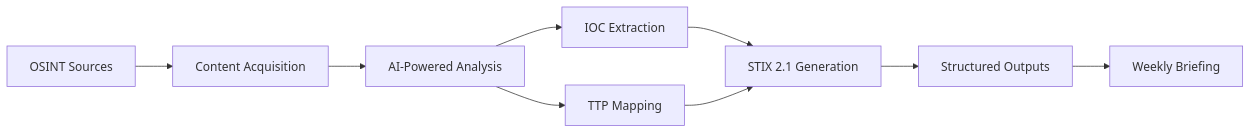
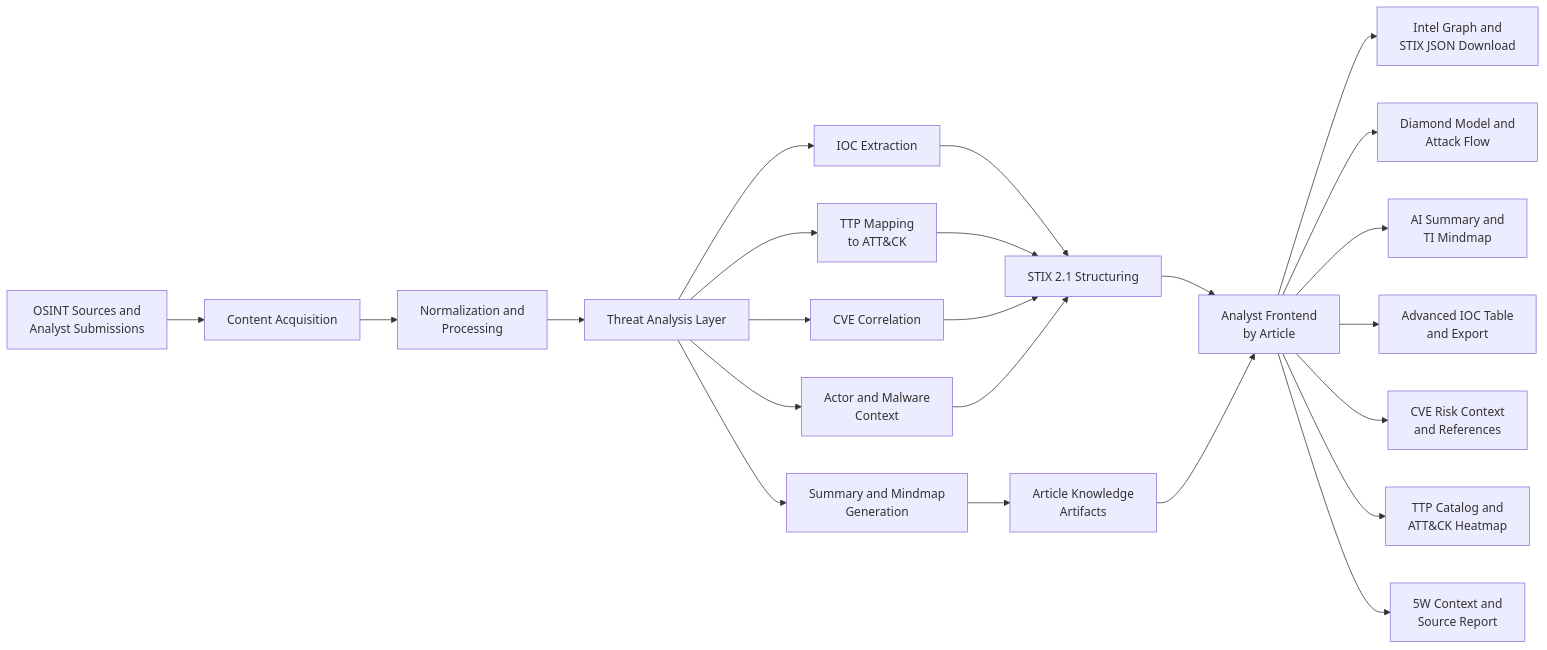
Before and after one commit to TI-Mindmap-HUB-Org/ti-mindmap-hub-research: the first of 2 diagrams in docs/concepts/index.md, drawn with Mermaid. The commit also changed other lines of this file and 1 other file, not shown here.

First line of the commit message:
refactor: rework concepts with new pipeline diagrams and frontend experience

````diff
--- a/docs/concepts/index.md
+++ b/docs/concepts/index.md
@@ -14,11 +14,25 @@
 ```mermaid
-graph LR
-    A[OSINT Sources] --> B[Content Acquisition]
-    B --> C[AI-Powered Analysis]
-    C --> D[IOC Extraction]
-    C --> E[TTP Mapping]
-    D --> F[STIX 2.1 Generation]
-    E --> F
-    F --> G[Structured Outputs]
-    G --> H[Weekly Briefing]
+flowchart LR
+    A[OSINT Sources and<br/>Analyst Submissions] --> B[Content Acquisition]
+    B --> C[Normalization and<br/>Processing]
+    C --> D[Threat Analysis Layer]
+    D --> E1[IOC Extraction]
+    D --> E2[TTP Mapping<br/>to ATT&CK]
+    D --> E3[CVE Correlation]
+    D --> E4[Actor and Malware<br/>Context]
+    D --> E5[Summary and Mindmap<br/>Generation]
+    E1 --> F[STIX 2.1 Structuring]
+    E2 --> F
+    E3 --> F
+    E4 --> F
+    E5 --> G[Article Knowledge<br/>Artifacts]
+    F --> H[Analyst Frontend<br/>by Article]
+    G --> H
+    H --> I1[Intel Graph and<br/>STIX JSON Download]
+    H --> I2[Diamond Model and<br/>Attack Flow]
+    H --> I3[AI Summary and<br/>TI Mindmap]
+    H --> I4[Advanced IOC Table<br/>and Export]
+    H --> I5[CVE Risk Context<br/>and References]
+    H --> I6[TTP Catalog and<br/>ATT&CK Heatmap]
+    H --> I7[5W Context and<br/>Source Report]
 ```
````
